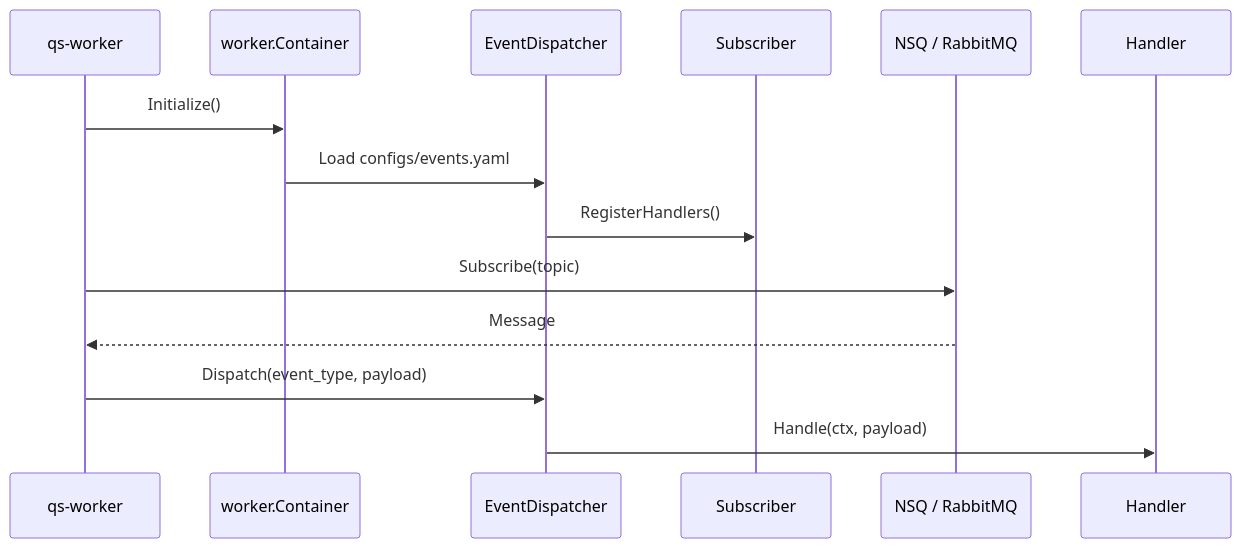
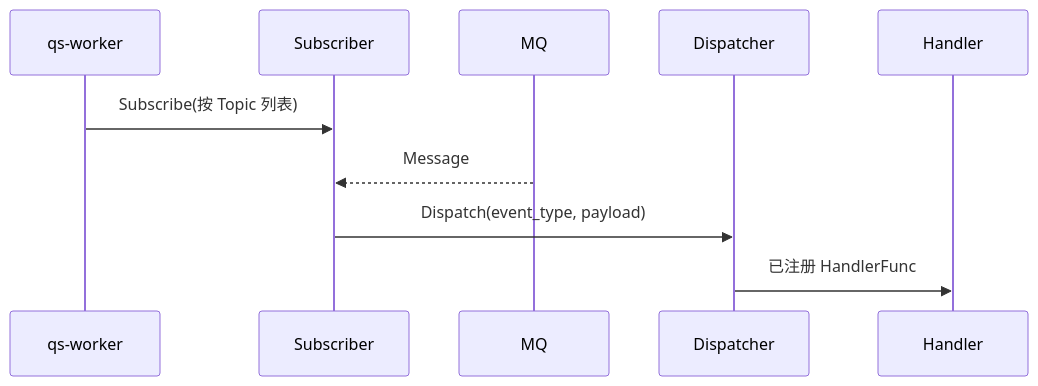
Before and after one commit to FangcunMount/qs-server: the third of 4 diagrams in docs/03-基础设施/01-事件系统.md, drawn with Mermaid. The commit also changed other lines of this file and 34 other files, not shown here.

````diff
--- a/docs/03-基础设施/01-事件系统.md
+++ b/docs/03-基础设施/01-事件系统.md
@@ -114,17 +116,13 @@
 ```mermaid
 sequenceDiagram
-    participant Worker as qs-worker
-    participant Container as worker.Container
-    participant Dispatcher as EventDispatcher
+    participant W as qs-worker
     participant Sub as Subscriber
-    participant MQ as NSQ / RabbitMQ
-    participant Handler as Handler
+    participant MQ as MQ
+    participant D as Dispatcher
+    participant H as Handler
 
-    Worker->>Container: Initialize()
-    Container->>Dispatcher: Load configs/events.yaml
-    Dispatcher->>Sub: RegisterHandlers()
-    Worker->>MQ: Subscribe(topic)
-    MQ-->>Worker: Message
-    Worker->>Dispatcher: Dispatch(event_type, payload)
-    Dispatcher->>Handler: Handle(ctx, payload)
+    W->>Sub: Subscribe(按 Topic 列表)
+    MQ-->>Sub: Message
+    Sub->>D: Dispatch(event_type, payload)
+    D->>H: 已注册 HandlerFunc
 ```
````
